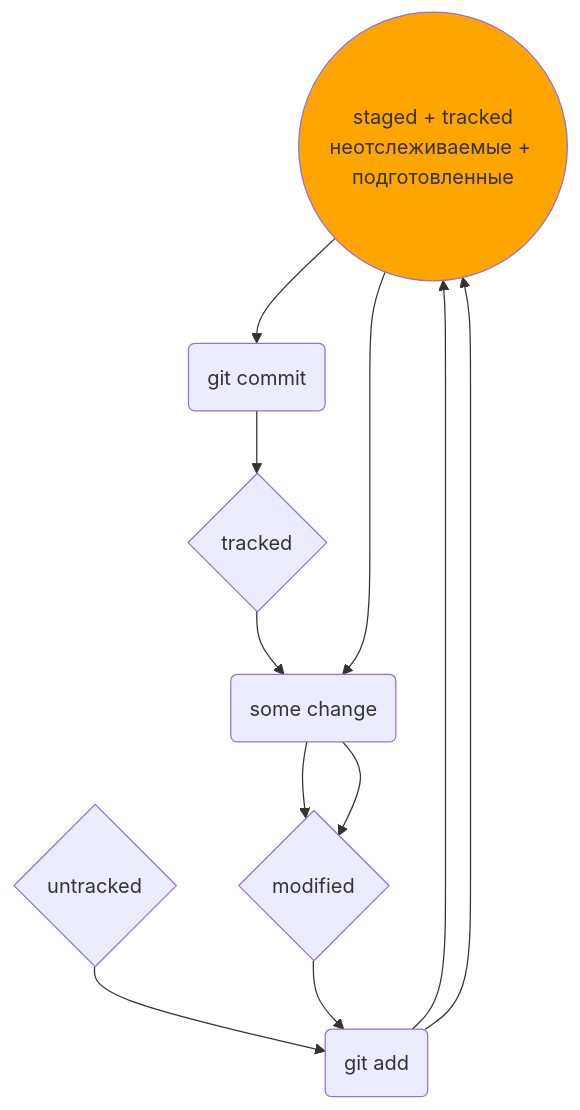
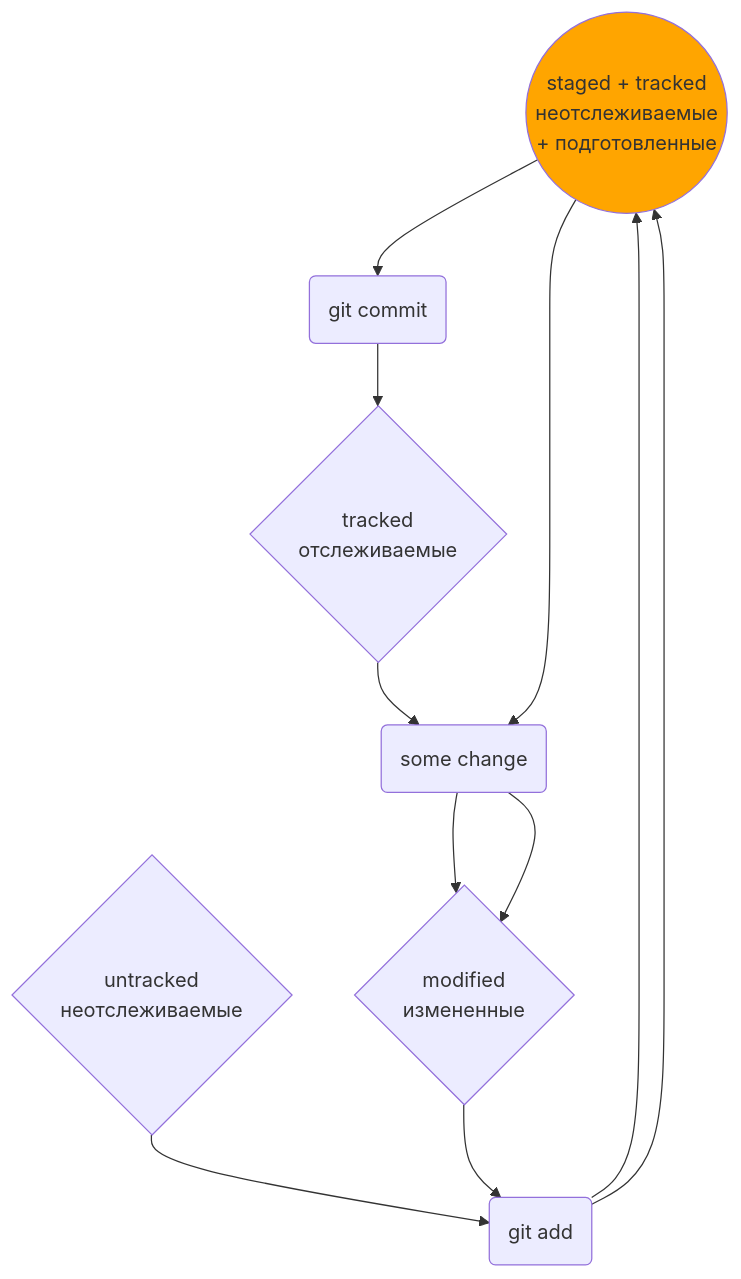
One commit to AleksandrVakarin/GitInstructionMermaid changed the diagram in README.md. Above: the diagram before and after it, drawn with Mermaid.

````diff
--- a/README.md
+++ b/README.md
@@ -93,19 +93,19 @@
 ```mermaid
 flowchart TD;
 	
-	stg((staged + tracked<br>неотслеживаемые + подготовленные))
-	mdf{modified}
-	untr{untracked}
-	trcd{tracked}
+	stg((staged + tracked<br>неотслеживаемые<br> + подготовленные))
+	mdf{modified<br>измененные}
+	untr{untracked<br>неотслеживаемые}
+	trcd{tracked<br>отслеживаемые}
 
 	ga(git add)
 	gc(git commit)
 	sc(some change)
 
 	untr--> ga -->stg
 	stg--> gc -->trcd
 	trcd--> sc -->mdf
 	mdf--> ga -->stg
 	stg--> sc -->mdf
 	style stg fill: orange
 ```
````
